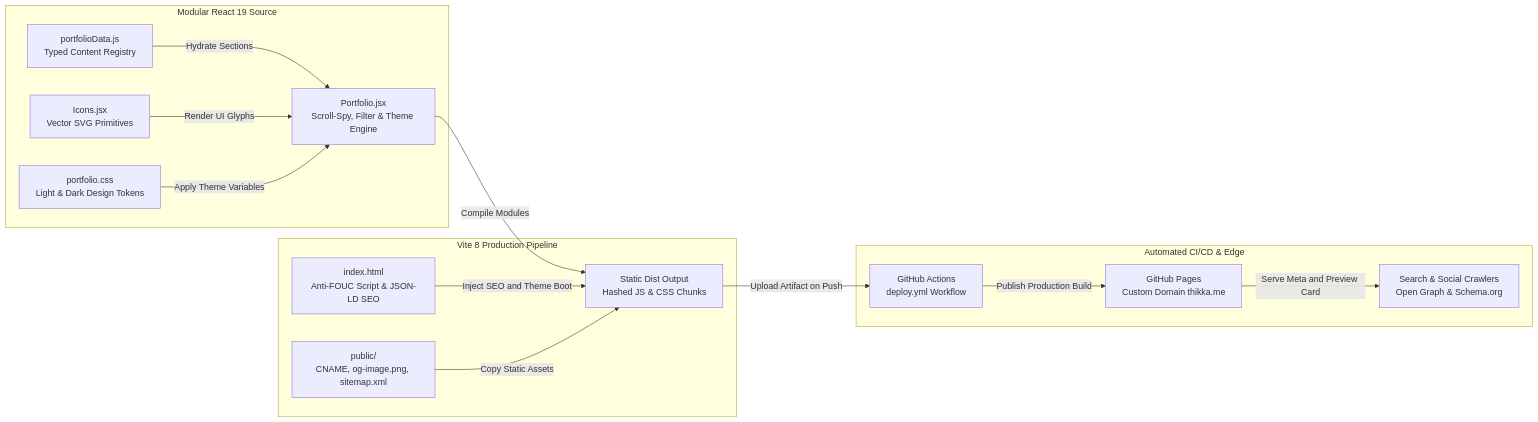
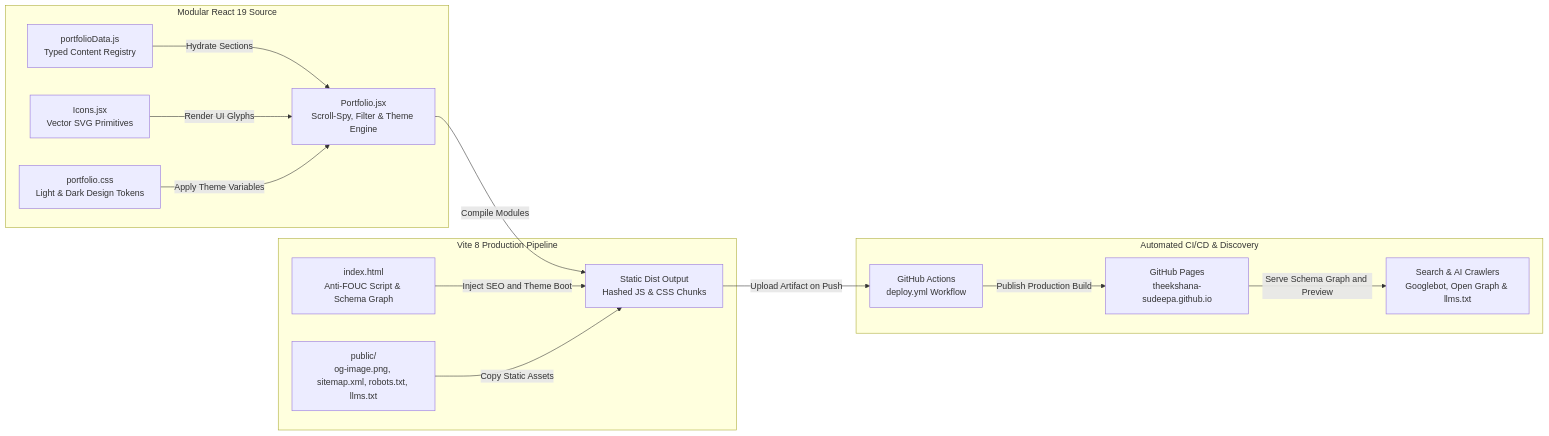
The diagram in README.md (theekshana-sudeepa/theekshana-sudeepa.github.io), drawn with Mermaid before and after one commit. The commit also changed other lines of this file and 12 other files, not shown here.

Commit message:
feat(seo): remove thikka.me CNAME and optimize full SEO for theekshana-sudeepa.github.io

````diff
--- a/README.md
+++ b/README.md
@@ -20,31 +20,31 @@
 ```mermaid
 flowchart LR
     subgraph Source["Modular React 19 Source"]
         Data["portfolioData.js<br/>Typed Content Registry"]
         Icons["Icons.jsx<br/>Vector SVG Primitives"]
         Styles["portfolio.css<br/>Light & Dark Design Tokens"]
         App["Portfolio.jsx<br/>Scroll-Spy, Filter & Theme Engine"]
     end
 
     subgraph Build["Vite 8 Production Pipeline"]
-        Entry["index.html<br/>Anti-FOUC Script & JSON-LD SEO"]
-        Public["public/<br/>CNAME, og-image.png, sitemap.xml"]
+        Entry["index.html<br/>Anti-FOUC Script & Schema Graph"]
+        Public["public/<br/>og-image.png, sitemap.xml, robots.txt, llms.txt"]
         Bundle["Static Dist Output<br/>Hashed JS & CSS Chunks"]
     end
 
-    subgraph Delivery["Automated CI/CD & Edge"]
+    subgraph Delivery["Automated CI/CD & Discovery"]
         GHA["GitHub Actions<br/>deploy.yml Workflow"]
-        Pages["GitHub Pages<br/>Custom Domain thikka.me"]
-        Crawler["Search & Social Crawlers<br/>Open Graph & Schema.org"]
+        Pages["GitHub Pages<br/>theekshana-sudeepa.github.io"]
+        Crawler["Search & AI Crawlers<br/>Googlebot, Open Graph & llms.txt"]
     end
 
     Data -->|Hydrate Sections| App
     Icons -->|Render UI Glyphs| App
     Styles -->|Apply Theme Variables| App
     App -->|Compile Modules| Bundle
     Entry -->|Inject SEO and Theme Boot| Bundle
     Public -->|Copy Static Assets| Bundle
     Bundle -->|Upload Artifact on Push| GHA
     GHA -->|Publish Production Build| Pages
-    Pages -->|Serve Meta and Preview Card| Crawler
+    Pages -->|Serve Schema Graph and Preview| Crawler
 ```
````
